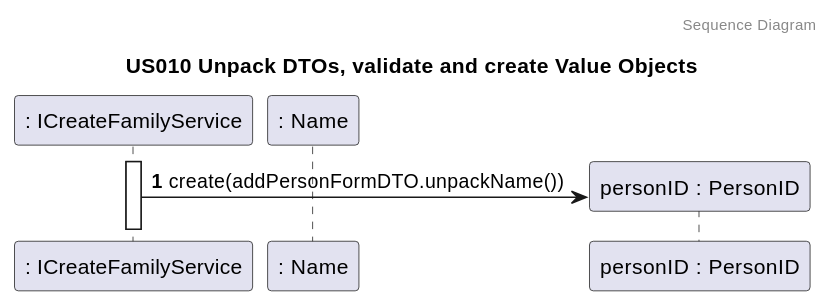
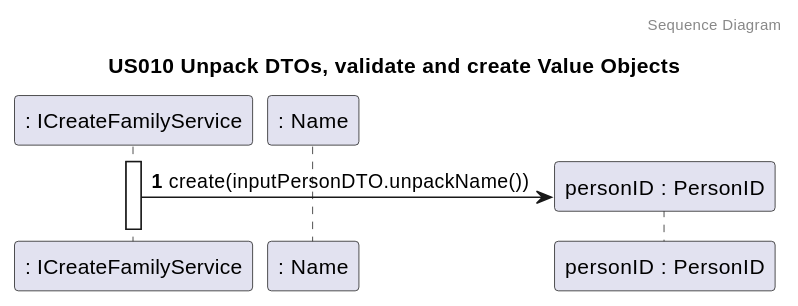
Before and after one commit to tomas-osswald/switch_2020_g3: the fourth of 5 diagrams in docs/sprint4/user_stories/US010_CreateAFamilyAndSetAdministrator.md, drawn with PlantUML. The commit also changed other lines of this file and 23 other files, not shown here.

`````diff
--- a/docs/sprint4/user_stories/US010_CreateAFamilyAndSetAdministrator.md
+++ b/docs/sprint4/user_stories/US010_CreateAFamilyAndSetAdministrator.md
@@ -175,19 +175,19 @@
 ````puml
 @startuml
 
 autonumber
 header Sequence Diagram
 title US010 Unpack DTOs, validate and create Value Objects
 
 participant ": ICreateFamilyService" as FamAdminService
 participant ": Name" as name
 participant "personID : PersonID" as personID
 
 
 activate FamAdminService
 
-FamAdminService -> personID** : create(addPersonFormDTO.unpackName())
+FamAdminService -> personID** : create(inputPersonDTO.unpackName())
 
 
 @enduml
 ````
`````
